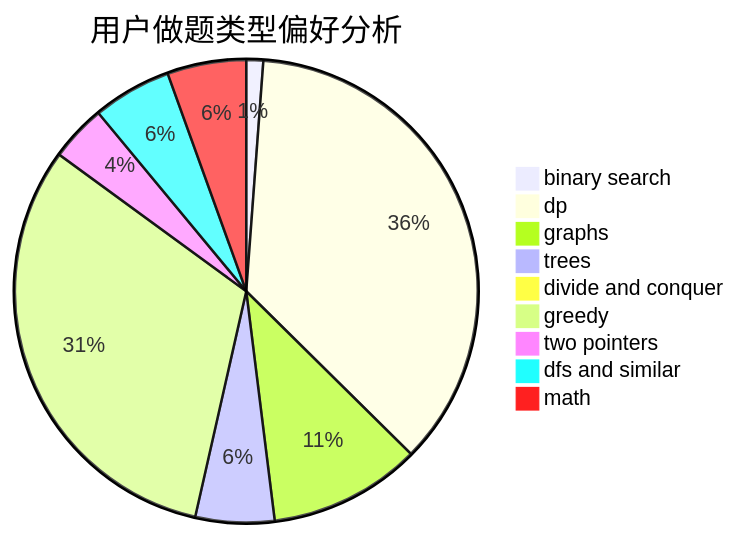
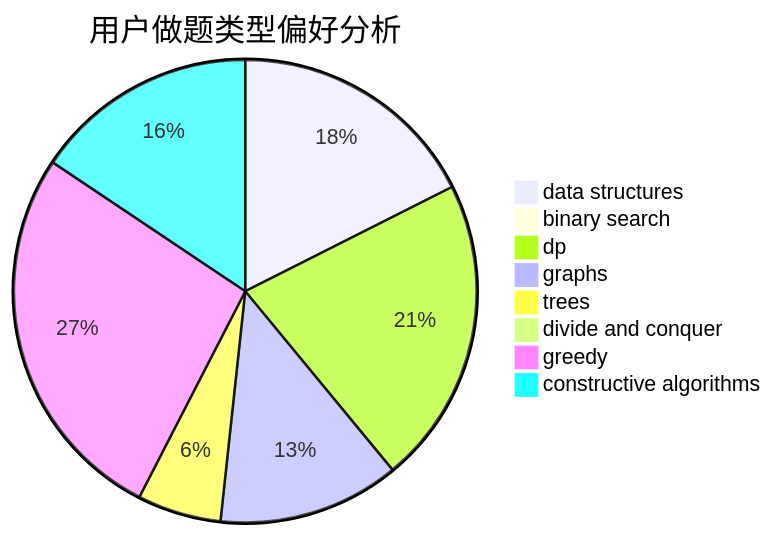
Before and after one commit to sherpahu/cfrs.github.io: the second of 3 diagrams in docs/user/u1122.md, drawn with Mermaid. The commit also changed other lines of this file and 2775 other files, not shown here.

````diff
--- a/docs/user/u1122.md
+++ b/docs/user/u1122.md
@@ -23,12 +23,11 @@
 ```mermaid
 pie title 用户做题类型偏好分析
-    "binary search" :  3
-    "dp" :  92
-    "graphs" :  27
-    "trees" :  14
+    "data structures" :  36
+    "binary search" :  0
+    "dp" :  44
+    "graphs" :  26
+    "trees" :  12
     "divide and conquer" :  0
-    "greedy" :  80
-    "two pointers" :  10
-    "dfs and similar" :  14
-    "math" :  14
+    "greedy" :  55
+    "constructive algorithms" :  32
 ```
````
